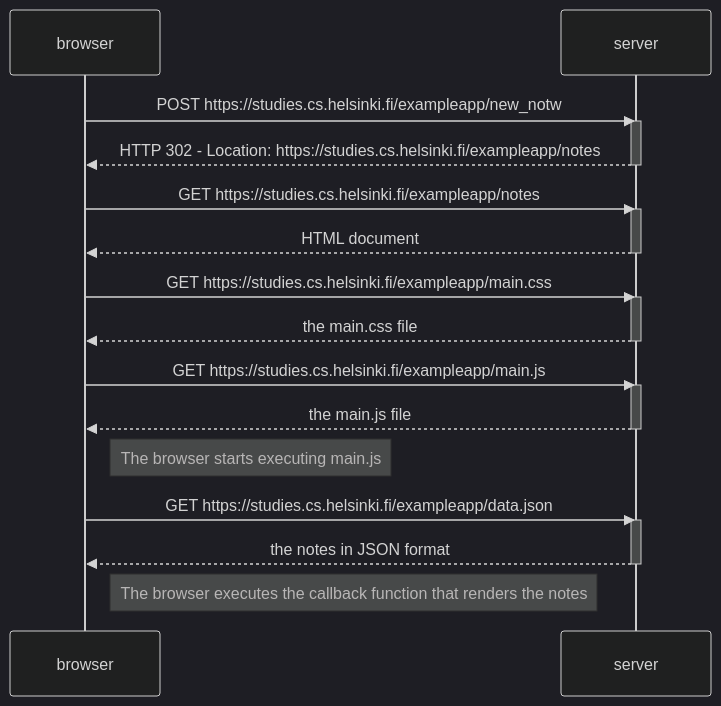
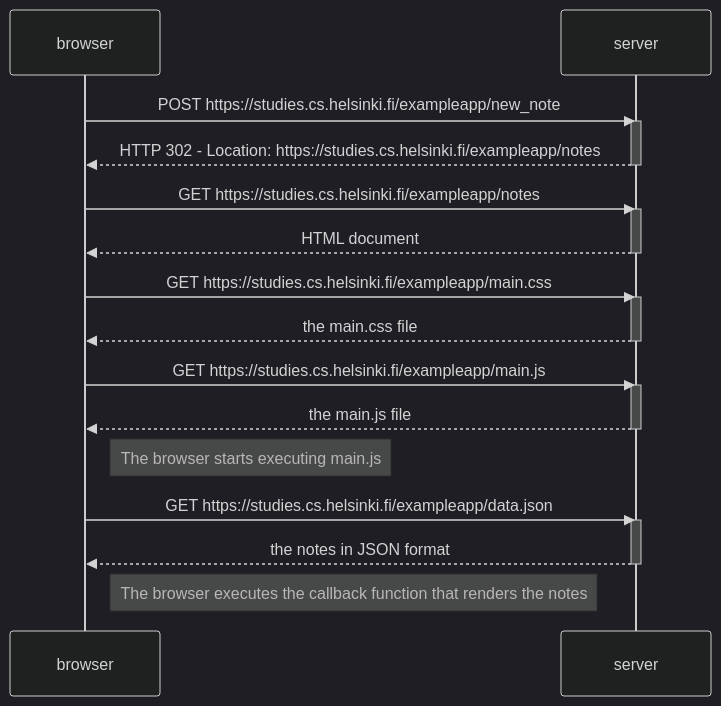
The diagram in part0/04-new_note_diagram.md (luismedinaeng/full-stack-open), drawn with Mermaid (dark theme) before and after one commit. The commit also changed 2 other files, not shown here.

Commit message:
[Update]P0 for mermaid

````diff
--- a/part0/04-new_note_diagram.md
+++ b/part0/04-new_note_diagram.md
@@ -1,34 +1,34 @@
 ```mermaid
 sequenceDiagram
     participant browser
     participant server
 
-    browser->>server: POST https://studies.cs.helsinki.fi/exampleapp/new_notw
+    browser->>server: POST https://studies.cs.helsinki.fi/exampleapp/new_note
     activate server
     server-->>browser: HTTP 302 - Location: https://studies.cs.helsinki.fi/exampleapp/notes
     deactivate server
 
     browser->>server: GET https://studies.cs.helsinki.fi/exampleapp/notes
     activate server
     server-->>browser: HTML document
     deactivate server
 
     browser->>server: GET https://studies.cs.helsinki.fi/exampleapp/main.css
     activate server
     server-->>browser: the main.css file
     deactivate server
 
     browser->>server: GET https://studies.cs.helsinki.fi/exampleapp/main.js
     activate server
     server-->>browser: the main.js file
     deactivate server
 
     Note right of browser: The browser starts executing main.js
 
     browser->>server: GET https://studies.cs.helsinki.fi/exampleapp/data.json
     activate server
     server-->>browser: the notes in JSON format
     deactivate server
 
     Note right of browser: The browser executes the callback function that renders the notes
 ```
````
